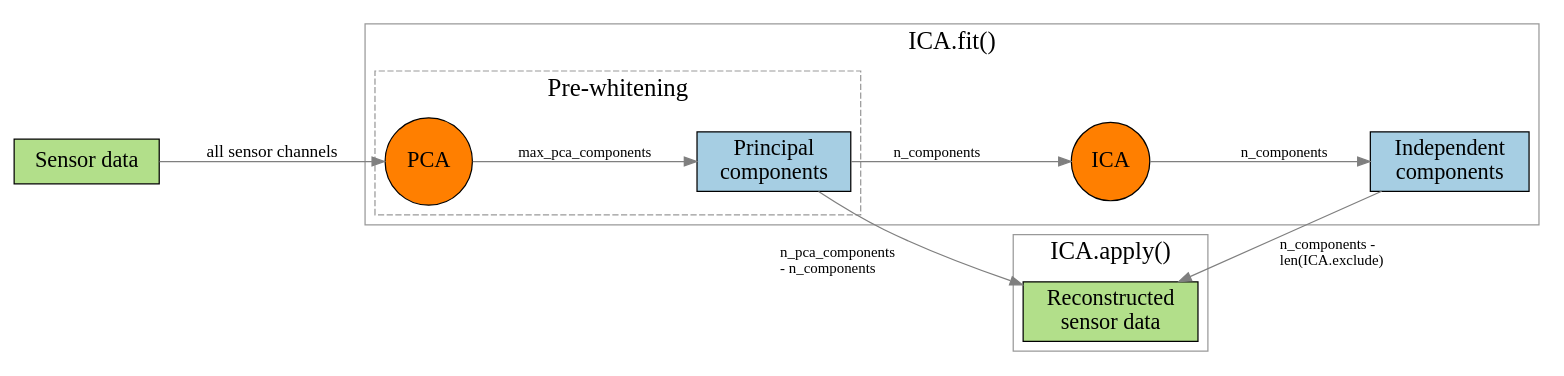
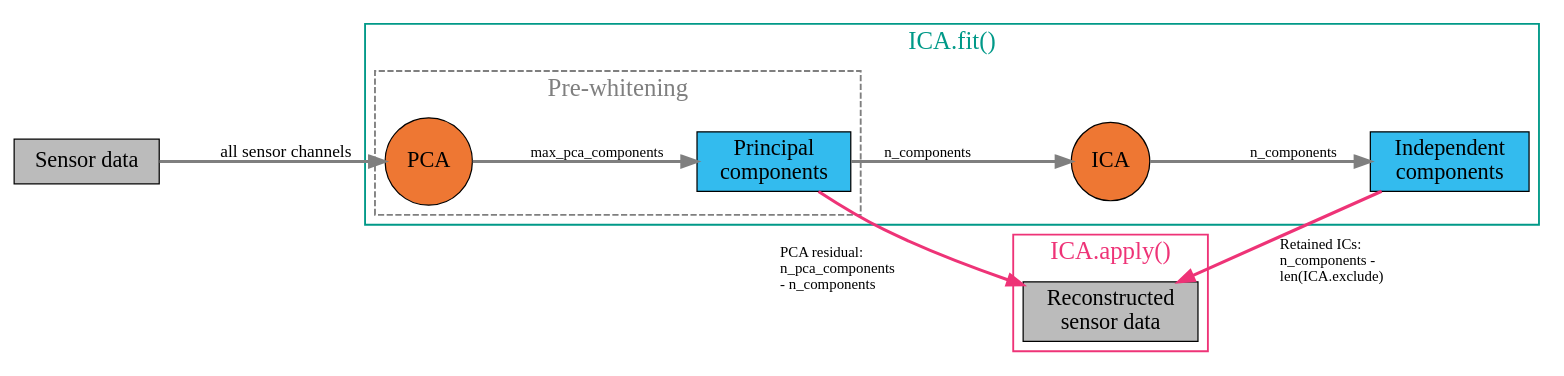
One commit to mne-tools/mne-python changed the diagram in doc/_static/diagrams/ica.dot. Above: the diagram before and after it, drawn with Graphviz.

Commit message:
update diagram (eric's comments)

```diff
--- a/doc/_static/diagrams/ica.dot
+++ b/doc/_static/diagrams/ica.dot
@@ -1,63 +1,72 @@
 digraph ICAdiagram {
     /* LAYOUT CONTROL */
     rankdir=LR
     newrank=true
     ranksep=0.75
     clusterrank=local
 
     /* GLOBAL STYLES */
     splines=true
-    color="gray60"
     fontsize=20
     fontname="Source Code Pro"
 
-    node [colorscheme="paired8"
-          style="filled"
+    node [style="filled"
           fontsize=18
           fontname="Source Sans Pro"]
 
-    edge [color="gray50"
+    edge [arrowsize=1.2
+          penwidth=2.5
+          color="gray50"
           fontsize=12
           fontname="Source Code Pro"]
 
     /* starting node */
-    sensor [label="Sensor data" shape="box" fillcolor=3]
+    sensor [label="Sensor data" shape="box" fillcolor="#bbbbbb"]
 
     /* ICA.FIT() */
     subgraph cluster_0 {
         label="ICA.fit()"
+        color="#009988"
+        fontcolor="#009988"
+        penwidth=1.5
 
         /* PRE-WHITENING */
         subgraph cluster_1 {
             label="Pre-whitening"
             style="dashed"
-            fontsize=20
             fontname="Source Sans Pro"
+            color="gray50"
+            fontcolor="gray50"
             /* nodes & edges */
-            pca        [label="PCA"                   shape="circle" fillcolor=8]
-            pcs        [label="Principal\ncomponents" shape="box"    fillcolor=1]
-            pca -> pcs [label="max_pca_components"]
+            pca        [label="PCA"                   shape="circle" fillcolor="#ee7733"]
+            pcs        [label="Principal\ncomponents" shape="box"    fillcolor="#33bbee"]
+            pca -> pcs [label="max_pca_components\r"]
         }
 
         /* nodes & edges */
-        ica        [label="ICA"                     shape="circle" fillcolor=8]
-        ics        [label="Independent\ncomponents" shape="box"    fillcolor=1]
-        ica -> ics [label="n_components"]
+        ica        [label="ICA"                     shape="circle" fillcolor="#ee7733"]
+        ics        [label="Independent\ncomponents" shape="box"    fillcolor="#33bbee"]
+        ica -> ics [label="n_components\r"]
     }
 
     /* ICA.APPLY() */
     subgraph cluster_2 {
         label="ICA.apply()"
+        color="#ee3377"
+        fontcolor="#ee3377"
+        penwidth=1.5
         /* ending node */
-        recon [label="Reconstructed\nsensor data" shape="box" fillcolor=3]
+        recon [label="Reconstructed\nsensor data" shape="box" fillcolor="#bbbbbb"]
     }
 
     /* subgraph-crossing edges */
-    sensor -> pca  [label="all sensor channels" fontsize=14 fontname="Source Sans Pro"]
-    pcs -> ica     [label="n_components"]
-    ics -> recon   [constraint=false xlabel="n_components -\llen(ICA.exclude)\l"]
-    pcs -> recon   [constraint=false xlabel="n_pca_components\l- n_components\l"]
+    sensor -> pca  [label="all sensor channels\r" fontsize=14 fontname="Source Sans Pro"]
+    pcs -> ica     [label="n_components\l"]
+    ics -> recon   [constraint=false color="#ee3377"
+                    xlabel="Retained ICs:\ln_components -\llen(ICA.exclude)\l"]
+    pcs -> recon   [constraint=false color="#ee3377"
+                    xlabel="PCA residual:\ln_pca_components\l- n_components\l"]
 
     /* position recon box where we want it */
     { rank="same" recon ica }
 }
```
